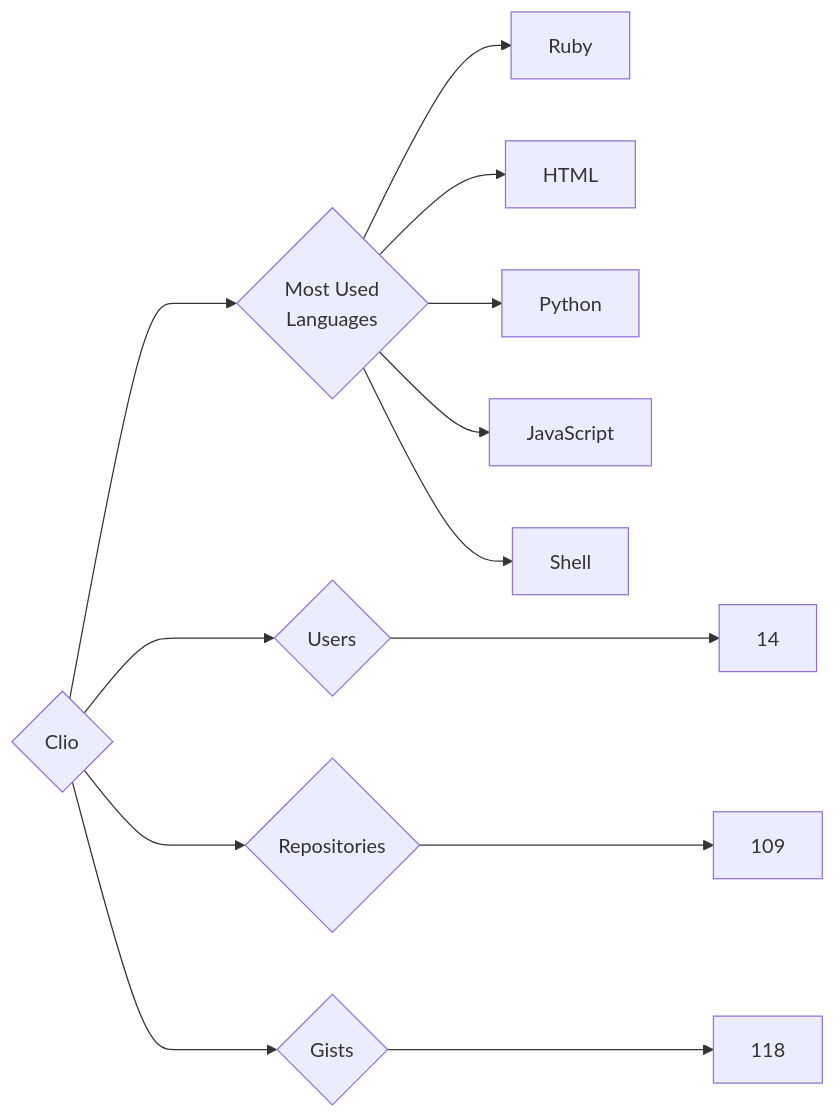
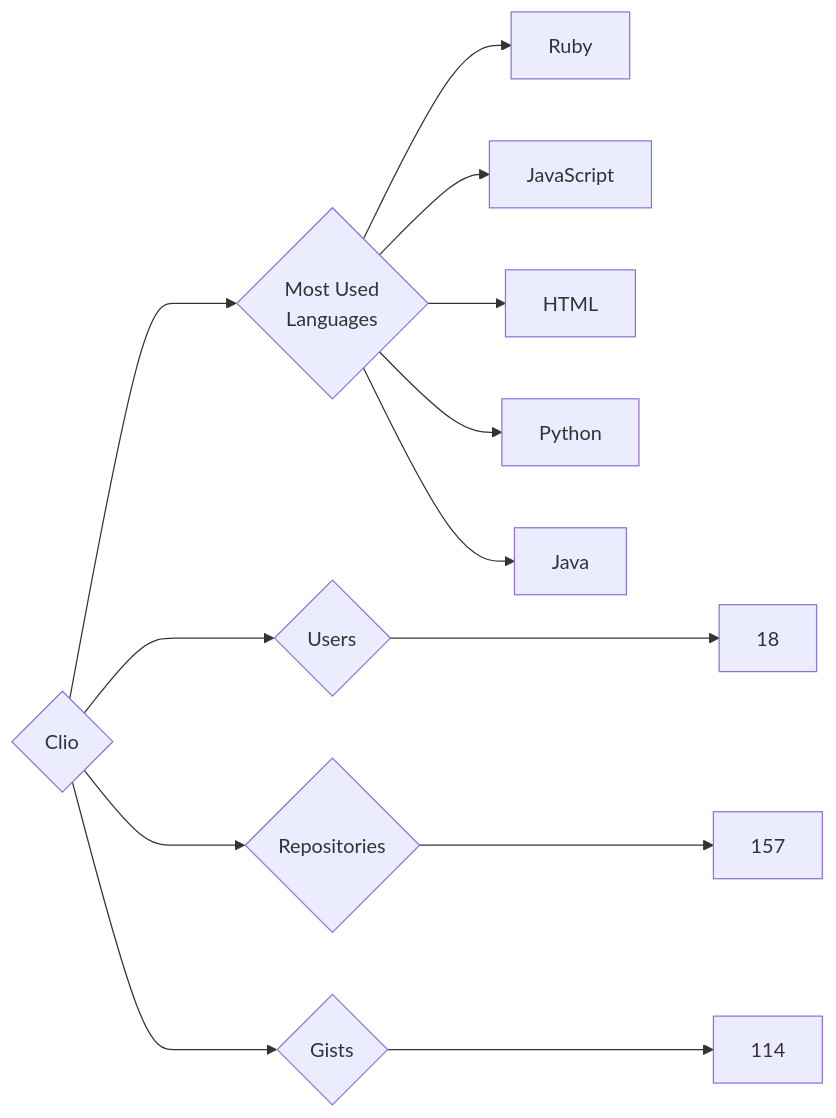
One commit to trickest/insiders changed the diagram in targets/Clio/README.md. Above: the diagram before and after it, drawn with Mermaid. The commit also changed 610 other files, not shown here.

````diff
--- a/targets/Clio/README.md
+++ b/targets/Clio/README.md
@@ -3,13 +3,13 @@
 ```mermaid
 graph LR
 COMPANY_NAME{Clio}
-COMPANY_NAME ---> U{Users} ---> UN[14]
-COMPANY_NAME ---> R{Repositories} ---> RN[109]
-COMPANY_NAME ---> G{Gists} ---> GN[118]
+COMPANY_NAME ---> U{Users} ---> UN[18]
+COMPANY_NAME ---> R{Repositories} ---> RN[157]
+COMPANY_NAME ---> G{Gists} ---> GN[114]
 COMPANY_NAME ---> ML{Most Used<br>Languages}
 ML --> Ruby[Ruby]
+ML --> JavaScript[JavaScript]
 ML --> HTML[HTML]
 ML --> Python[Python]
-ML --> JavaScript[JavaScript]
-ML --> Shell[Shell]
+ML --> Java[Java]
 ```
````
